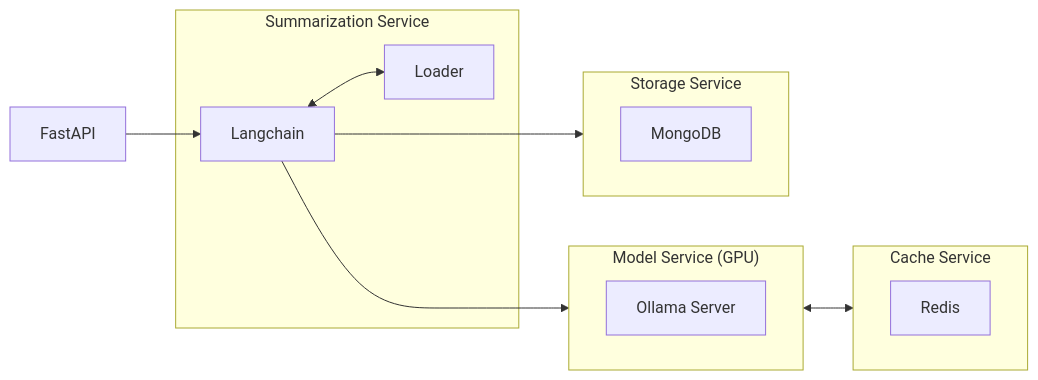
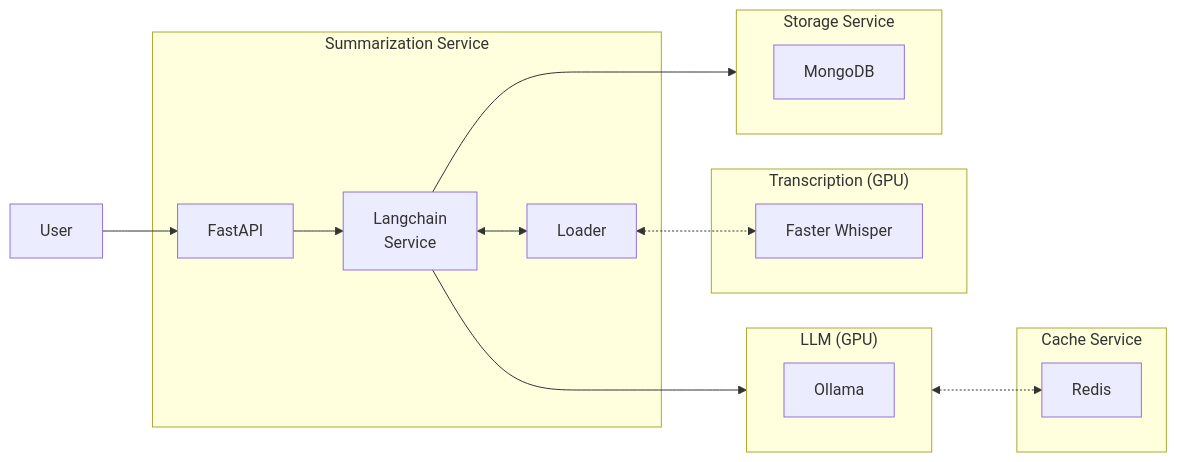
The first of 2 diagrams in content/projects/deep-learning/langchain-summarization-app.md (lfenzo/lfenzo.github.io), drawn with Mermaid before and after one commit. The commit also changed other lines of this file, not shown here.

Commit message:
updated langhchain summarization app project

````diff
--- a/content/projects/deep-learning/langchain-summarization-app.md
+++ b/content/projects/deep-learning/langchain-summarization-app.md
@@ -66,30 +70,32 @@
 ```mermaid
 flowchart LR
 
-subgraph Model["Model Service (GPU)"]
+subgraph Model["LLM (GPU)"]
     direction LR
-    O["Ollama Server"]
+    O["Ollama"]
 end
 
-O <--> R
-
 subgraph Cache["Cache Service"]
-    direction LR
     R["Redis"]
 end
     
-subgraph S["Summarization Service"]
-    H["Langchain"]
+subgraph Service["Summarization Service"]
+    FastAPI
+    H["Langchain<br>Service"]
     Loader
+end
+
+subgraph Tr["Transcription (GPU)"]
+    T["Faster Whisper"]
 end
 
 subgraph D["Storage Service"]
     direction LR
     MongoDB
 end
 
-FastAPI --> H
+User --> FastAPI --> H
 H ---> MongoDB
-H ---> O
-H <--> Loader
+H ---> O <-.-> R
+H <--> Loader <-.-> T
 ```
````
